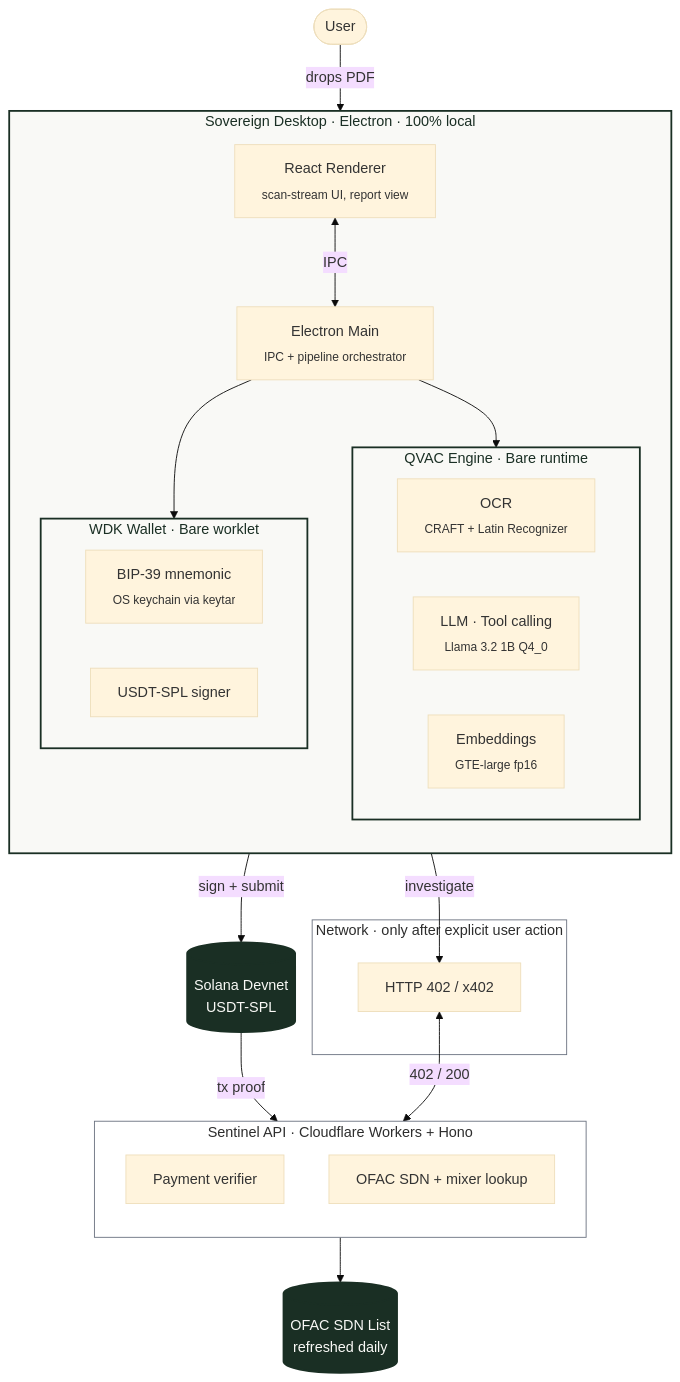
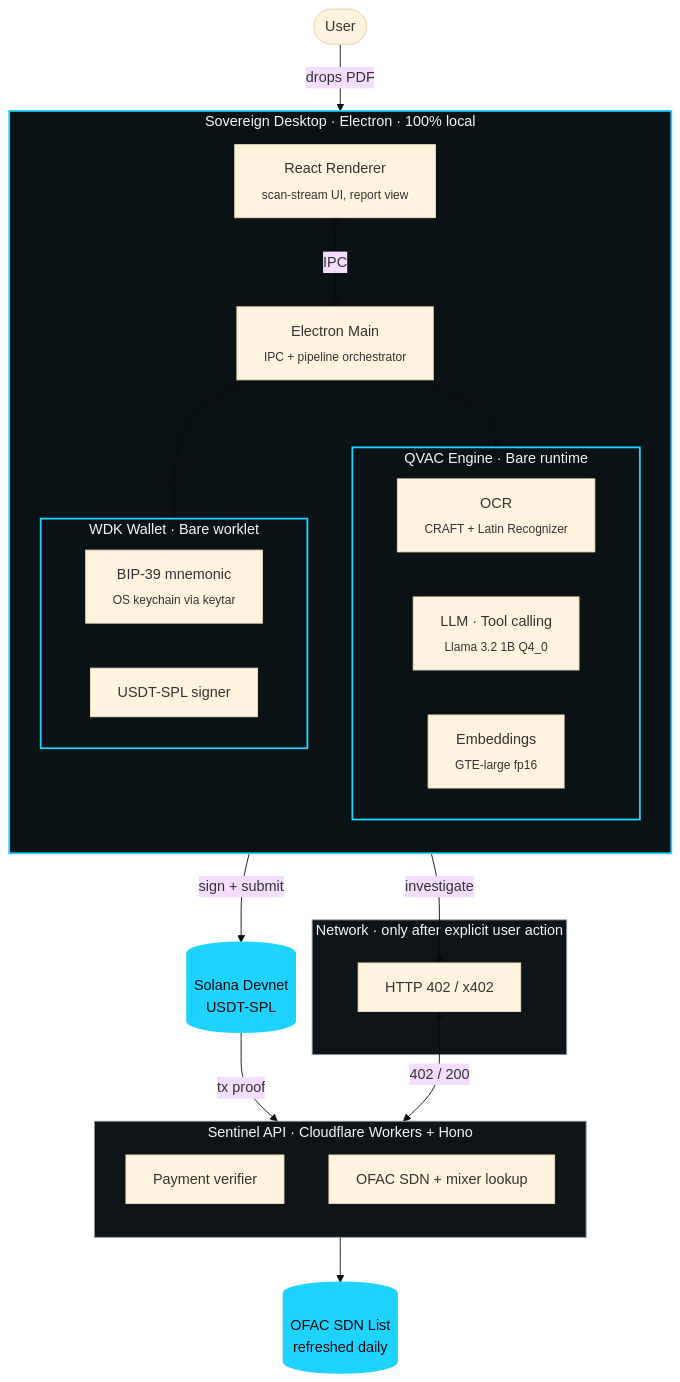
The first of 3 diagrams in README.md (victorjayeoba/sovereign), drawn with Mermaid (base theme) before and after one commit. The commit also changed other lines of this file and 1 other file, not shown here.

Commit message:
push the rest to cloud

````diff
--- a/README.md
+++ b/README.md
@@ -85,54 +64,54 @@
 ```mermaid
 flowchart TB
     User([User])
 
     subgraph Desktop["Sovereign Desktop · Electron · 100% local"]
         direction TB
         Renderer["React Renderer<br/><sub>scan-stream UI, report view</sub>"]
         Main["Electron Main<br/><sub>IPC + pipeline orchestrator</sub>"]
 
         subgraph QVACBox["QVAC Engine · Bare runtime"]
             direction LR
             OCR["OCR<br/><sub>CRAFT + Latin Recognizer</sub>"]
             LLM["LLM · Tool calling<br/><sub>Llama 3.2 1B Q4_0</sub>"]
             EMB["Embeddings<br/><sub>GTE-large fp16</sub>"]
         end
 
         subgraph WDKBox["WDK Wallet · Bare worklet"]
             direction LR
             Mnemonic["BIP-39 mnemonic<br/><sub>OS keychain via keytar</sub>"]
             Signer["USDT-SPL signer"]
         end
 
         Renderer <-->|IPC| Main
         Main --> QVACBox
         Main --> WDKBox
     end
 
     subgraph Net["Network · only after explicit user action"]
         x402["HTTP 402 / x402"]
     end
 
     subgraph Sentinel["Sentinel API · Cloudflare Workers + Hono"]
         direction TB
         Pay["Payment verifier"]
         Lookup["OFAC SDN + mixer lookup"]
     end
 
     Solana[("Solana Devnet<br/>USDT-SPL")]
     OFACdata[("OFAC SDN List<br/>refreshed daily")]
 
     User -->|"drops PDF"| Renderer
     Main -->|"investigate"| x402
     x402 <-->|"402 / 200"| Sentinel
     WDKBox -->|"sign + submit"| Solana
     Solana -->|"tx proof"| Pay
     Lookup --> OFACdata
 
-    classDef local fill:#F9F9F6,stroke:#1A2F24,stroke-width:2px,color:#1A2F24;
-    classDef cloud fill:#FFFFFF,stroke:#6B7280,stroke-width:1px,color:#2D2D2D;
-    classDef chain fill:#1A2F24,stroke:#1A2F24,stroke-width:2px,color:#F9F9F6;
+    classDef local fill:#0B1216,stroke:#1FD3FF,stroke-width:2px,color:#F4F6F8;
+    classDef cloud fill:#0F1418,stroke:#8B95A0,stroke-width:1px,color:#F4F6F8;
+    classDef chain fill:#1FD3FF,stroke:#1FD3FF,stroke-width:2px,color:#07090B;
     class Desktop,QVACBox,WDKBox local
     class Sentinel,Net cloud
     class Solana,OFACdata chain
 ```
````
